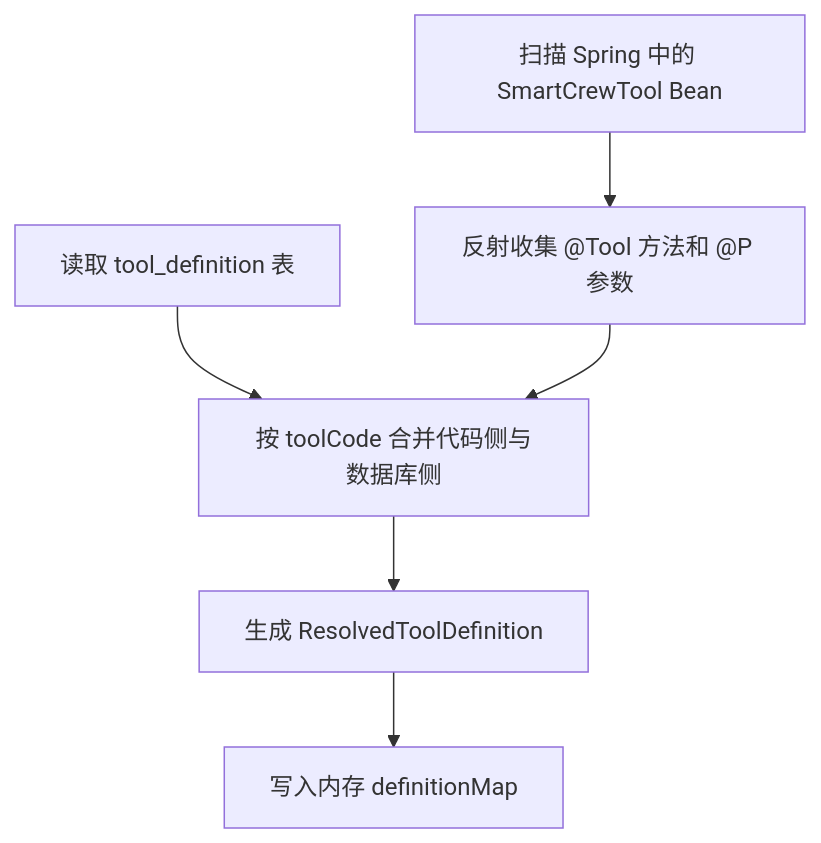
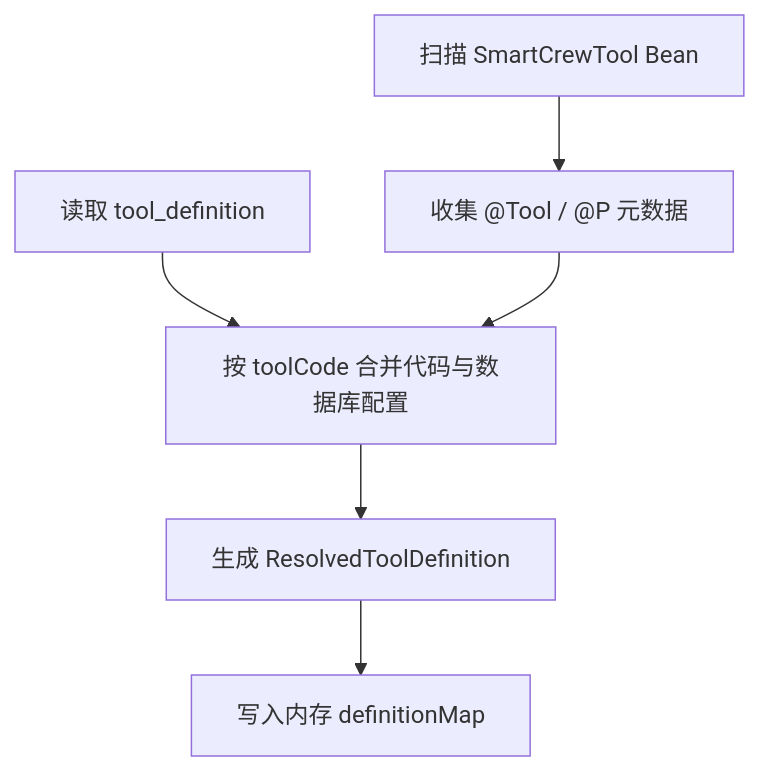
One commit to aa2386/smartcrew-agent changed the first of 2 diagrams in docs/technical-docs/TOOL_SYSTEM_ARCHITECTURE.md. Above: the diagram before and after it, drawn with Mermaid. The commit also changed other lines of this file and 21 other files, not shown here.

````diff
--- a/docs/technical-docs/TOOL_SYSTEM_ARCHITECTURE.md
+++ b/docs/technical-docs/TOOL_SYSTEM_ARCHITECTURE.md
@@ -164,8 +133,8 @@
 ```mermaid
 flowchart TD
-    A["扫描 Spring 中的 SmartCrewTool Bean"] --> B["反射收集 @Tool 方法和 @P 参数"]
-    C["读取 tool_definition 表"] --> D["按 toolCode 合并代码侧与数据库侧"]
+    A["扫描 SmartCrewTool Bean"] --> B["收集 @Tool / @P 元数据"]
+    C["读取 tool_definition"] --> D["按 toolCode 合并代码与数据库配置"]
     B --> D
     D --> E["生成 ResolvedToolDefinition"]
     E --> F["写入内存 definitionMap"]
 ```
````
